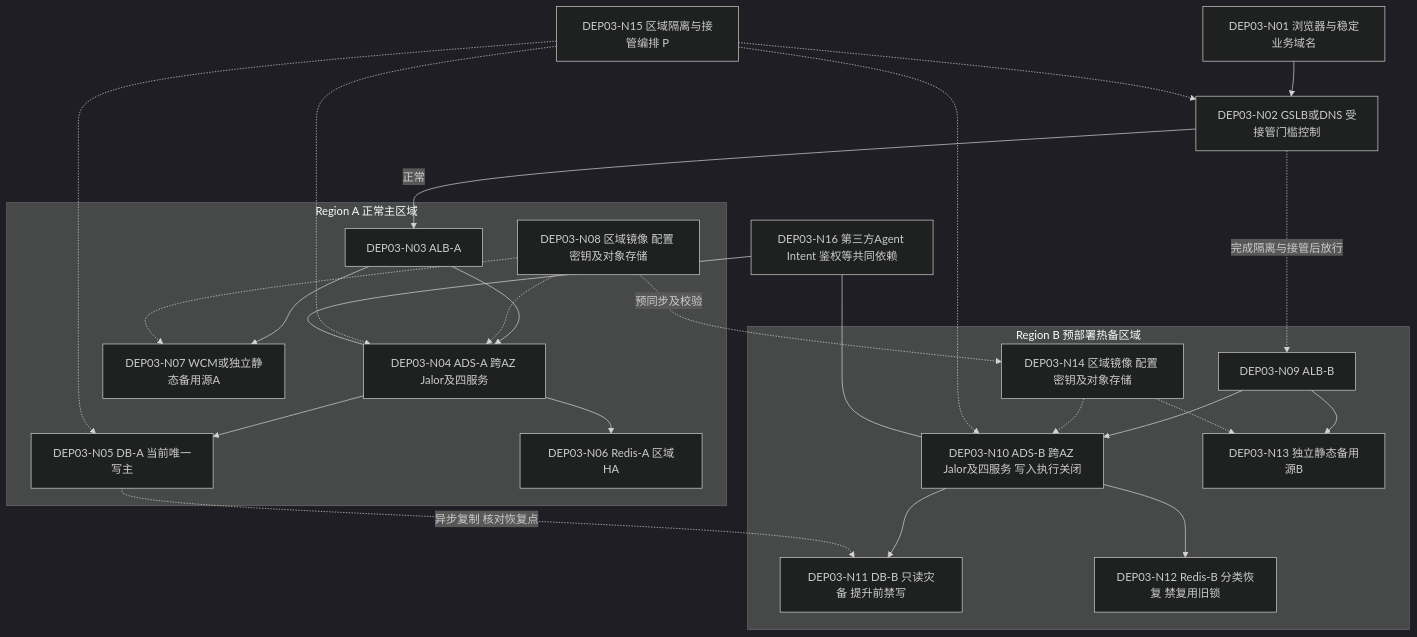
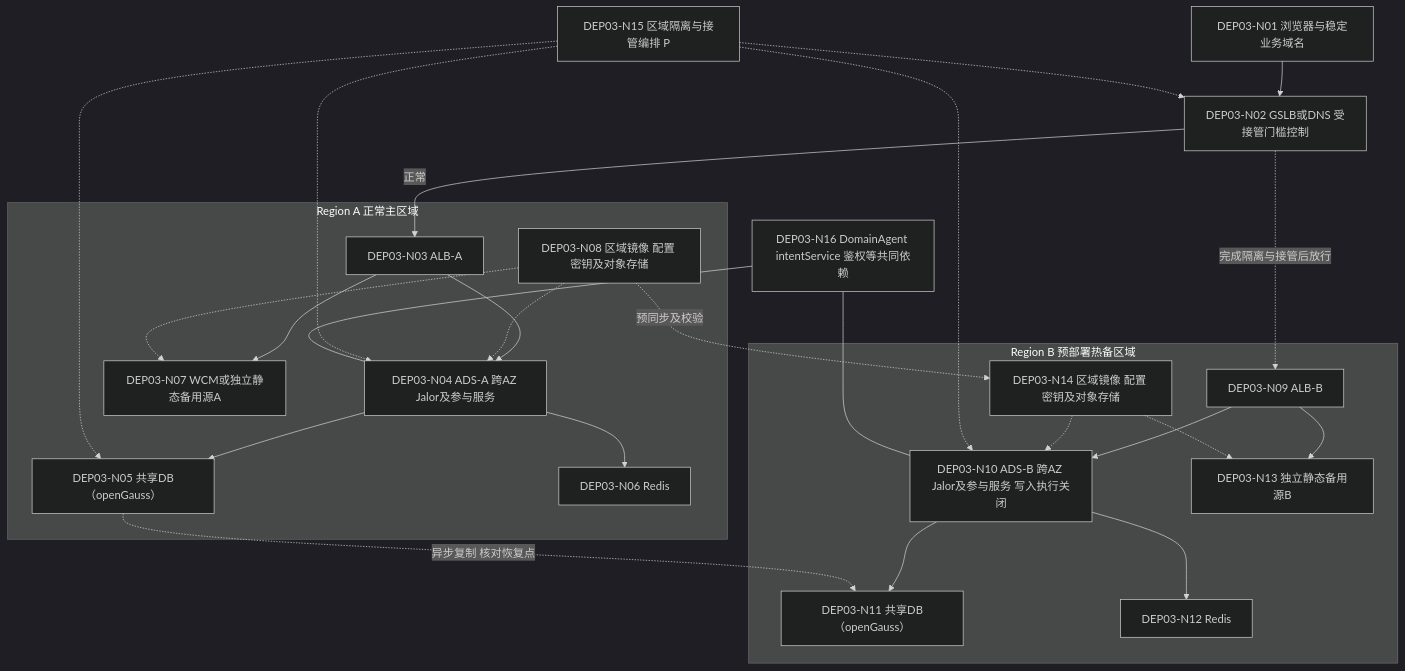
The fourth of 7 diagrams in docs/architecture/high-availability/deployment.md (kunben-duck/exweb), drawn with Mermaid (dark theme) before and after one commit. The commit also changed other lines of this file and 9 other files, not shown here.

Commit message:
docs: refine HA stability and agent service isolation design

````diff
--- a/docs/architecture/high-availability/deployment.md
+++ b/docs/architecture/high-availability/deployment.md
@@ -150,30 +216,30 @@
 ```mermaid
 flowchart TB
     browser["DEP03-N01 浏览器与稳定业务域名"] --> globalEntry["DEP03-N02 GSLB或DNS 受接管门槛控制"]
     subgraph primaryRegion["Region A 正常主区域"]
-        albA["DEP03-N03 ALB-A"] --> adsA["DEP03-N04 ADS-A 跨AZ Jalor及四服务"]
-        adsA --> dbA["DEP03-N05 DB-A 当前唯一写主"]
-        adsA --> redisA["DEP03-N06 Redis-A 区域HA"]
+        albA["DEP03-N03 ALB-A"] --> adsA["DEP03-N04 ADS-A 跨AZ Jalor及参与服务"]
+        adsA --> dbA["DEP03-N05 共享DB（openGauss）"]
+        adsA --> redisA["DEP03-N06 Redis"]
         albA --> webA["DEP03-N07 WCM或独立静态备用源A"]
         artifactsA["DEP03-N08 区域镜像 配置 密钥及对象存储"] -.-> adsA
         artifactsA -.-> webA
     end
     subgraph standbyRegion["Region B 预部署热备区域"]
-        albB["DEP03-N09 ALB-B"] --> adsB["DEP03-N10 ADS-B 跨AZ Jalor及四服务 写入执行关闭"]
-        adsB --> dbB["DEP03-N11 DB-B 只读灾备 提升前禁写"]
-        adsB --> redisB["DEP03-N12 Redis-B 分类恢复 禁复用旧锁"]
+        albB["DEP03-N09 ALB-B"] --> adsB["DEP03-N10 ADS-B 跨AZ Jalor及参与服务 写入执行关闭"]
+        adsB --> dbB["DEP03-N11 共享DB（openGauss）"]
+        adsB --> redisB["DEP03-N12 Redis"]
         albB --> webB["DEP03-N13 独立静态备用源B"]
         artifactsB["DEP03-N14 区域镜像 配置 密钥及对象存储"] -.-> adsB
         artifactsB -.-> webB
     end
     globalEntry -->|正常| albA
     globalEntry -.->|完成隔离与接管后放行| albB
     dbA -.->|异步复制 核对恢复点| dbB
     artifactsA -.->|预同步及校验| artifactsB
     fence["DEP03-N15 区域隔离与接管编排 P"] -.-> dbA
     fence -.-> adsA
     fence -.-> adsB
     fence -.-> globalEntry
-    external["DEP03-N16 第三方Agent Intent 鉴权等共同依赖"] --- adsA
+    external["DEP03-N16 DomainAgent intentService 鉴权等共同依赖"] --- adsA
     external --- adsB
 ```
````
